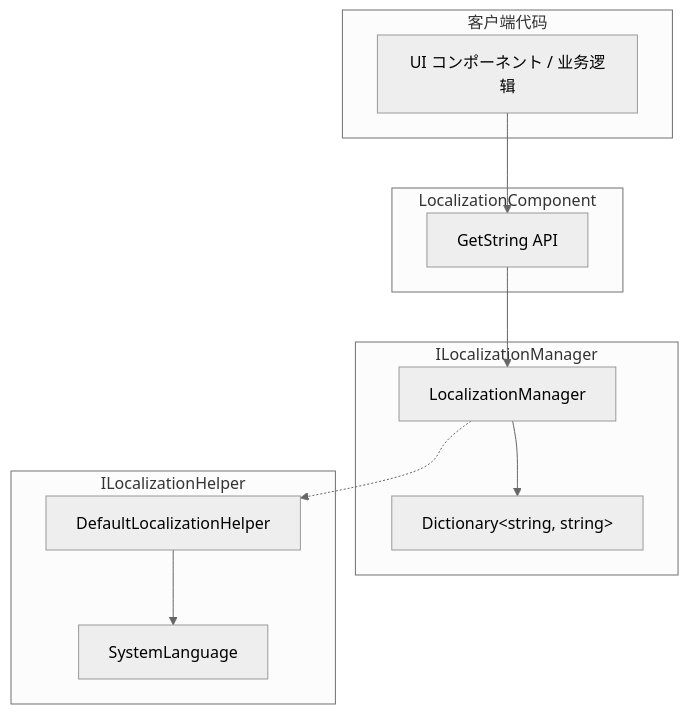
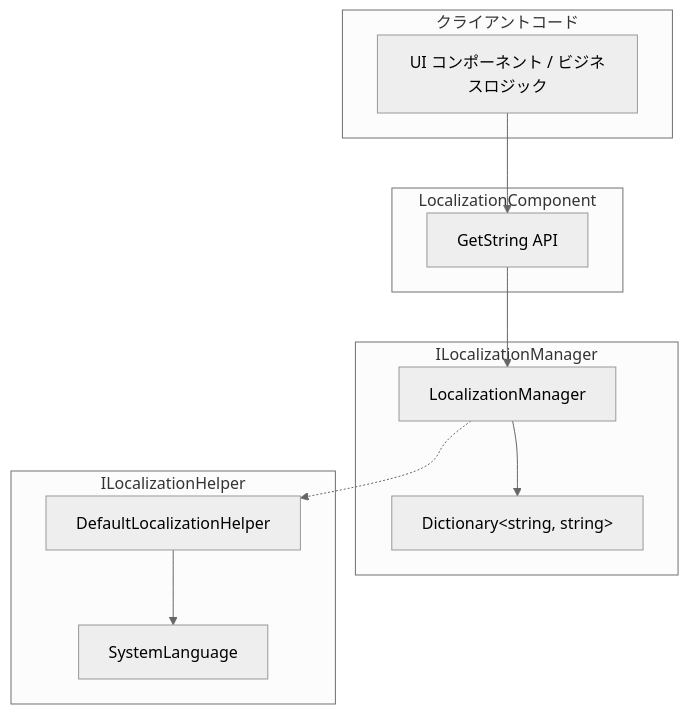
Before and after one commit to AlianBlank/GameFrameX.Docs: the first of 3 diagrams in docs/ja/client/unity/component/localization/04.get-string.md, drawn with Mermaid (neutral theme). The commit also changed other lines of this file and 320 other files, not shown here.

````diff
--- a/docs/ja/client/unity/component/localization/04.get-string.md
+++ b/docs/ja/client/unity/component/localization/04.get-string.md
@@ -17,26 +17,26 @@
 ```mermaid
 flowchart TD
-    subgraph Client["客户端代码"]
-        UI[UI コンポーネント / 业务逻辑]
+    subgraph Client["クライアントコード"]
+        UI[UI コンポーネント / ビジネスロジック]
     end
 
     subgraph LocalizationComponent["LocalizationComponent"]
         API[GetString API]
     end
 
     subgraph ILocalizationManager["ILocalizationManager"]
         LM[LocalizationManager]
         Dict[Dictionary&lt;string, string&gt;]
     end
 
     subgraph Helper["ILocalizationHelper"]
         DLH[DefaultLocalizationHelper]
         SL[SystemLanguage]
     end
 
     UI --> API
     API --> LM
     LM --> Dict
     LM -.-> DLH
     DLH --> SL
 ```
````
